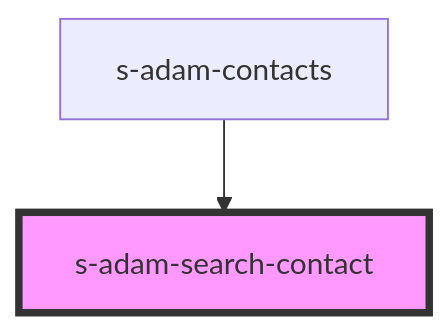
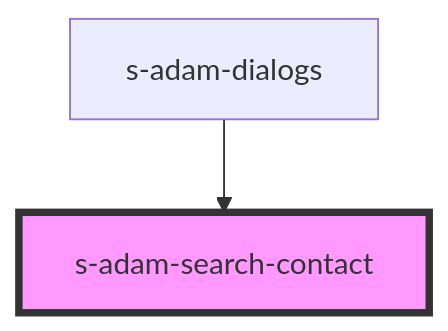
The diagram in src/components/comp/s-adam-search-contact/readme.md (saqhan/stencil-chat), drawn with Mermaid before and after one commit. The commit also changed other lines of this file and 23 other files, not shown here.

````diff
--- a/src/components/comp/s-adam-search-contact/readme.md
+++ b/src/components/comp/s-adam-search-contact/readme.md
@@ -22,5 +22,5 @@
 ```mermaid
 graph TD;
-  s-adam-contacts --> s-adam-search-contact
+  s-adam-dialogs --> s-adam-search-contact
   style s-adam-search-contact fill:#f9f,stroke:#333,stroke-width:4px
 ```
````
